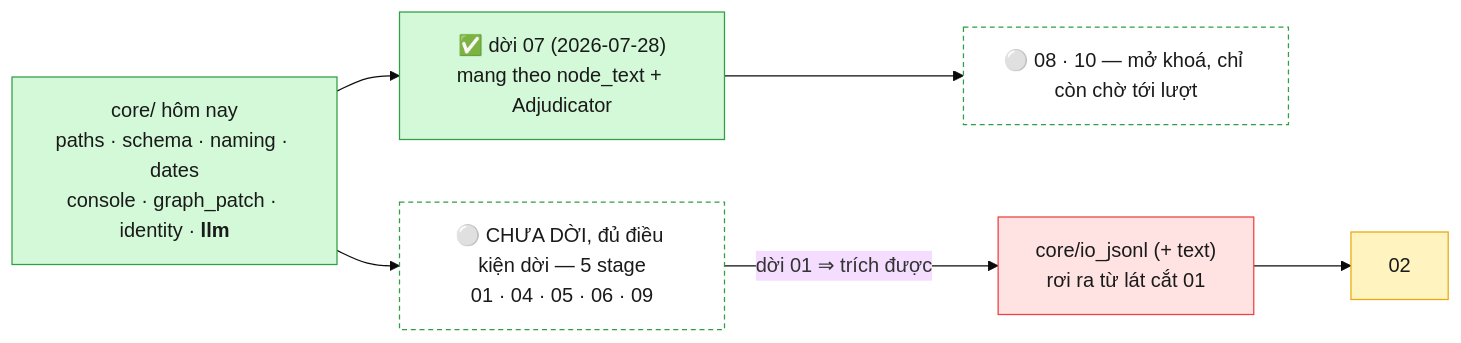
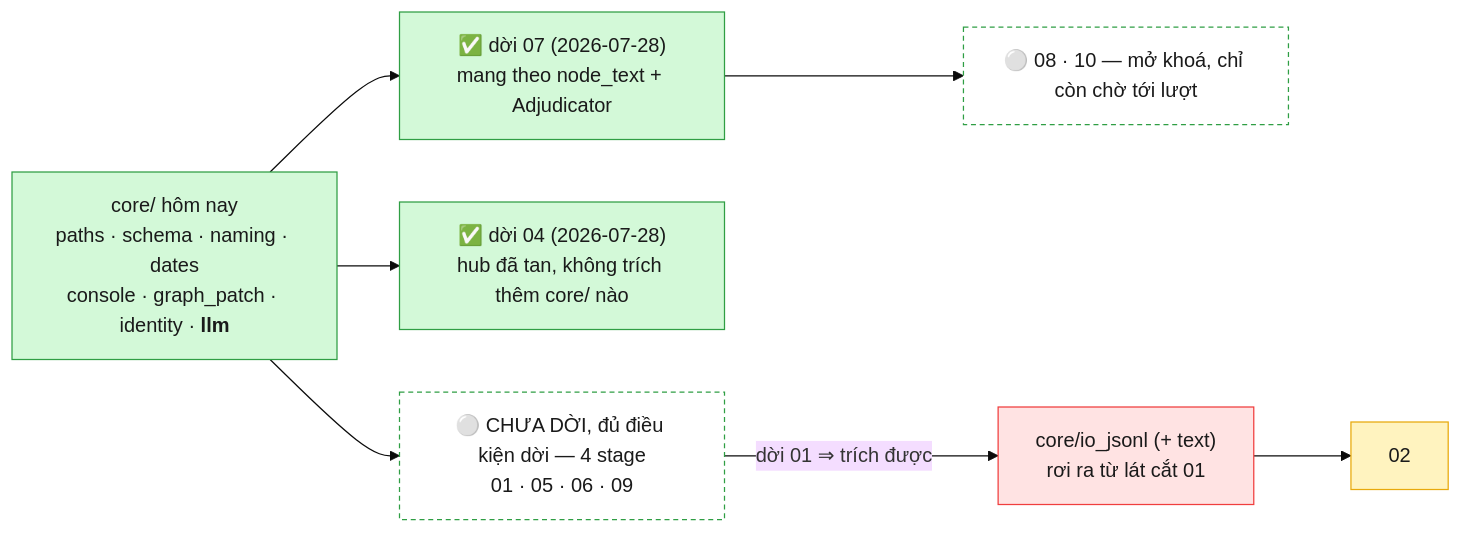
The second of 4 diagrams in src_module/PIPELINE.md (TranBaDat2607/capstone_test1), drawn with Mermaid (base theme) before and after one commit. The commit also changed other lines of this file and 5 other files, not shown here.

````diff
--- a/src_module/PIPELINE.md
+++ b/src_module/PIPELINE.md
@@ -240,18 +262,20 @@
 ```mermaid
 flowchart LR
     classDef done fill:#d3f9d8,stroke:#2f9e44,color:#1a1a1a
     classDef ready fill:#ffffff,stroke:#2f9e44,stroke-dasharray:4 3,color:#1a1a1a
     classDef key  fill:#ffe3e3,stroke:#f03e3e,color:#1a1a1a
     classDef pend fill:#fff3bf,stroke:#e8a90c,color:#1a1a1a
 
     CORE["core/ hôm nay<br/>paths · schema · naming · dates<br/>console · graph_patch · identity · <b>llm</b>"]:::done
     S07D["✅ dời 07 (2026-07-28)<br/>mang theo node_text + Adjudicator"]:::done
-    READY["⚪ CHƯA DỜI, đủ điều kiện dời — 5 stage<br/>01 · 04 · 05 · 06 · 09"]:::ready
+    S04D["✅ dời 04 (2026-07-28)<br/>hub đã tan, không trích thêm core/ nào"]:::done
+    READY["⚪ CHƯA DỜI, đủ điều kiện dời — 4 stage<br/>01 · 05 · 06 · 09"]:::ready
     U1["⚪ 08 · 10 — mở khoá, chỉ còn chờ tới lượt"]:::ready
     IOJ["core/io_jsonl (+ text)<br/>rơi ra từ lát cắt 01"]:::key
     U3["02"]:::pend
 
     CORE --> S07D --> U1
+    CORE --> S04D
     CORE --> READY
     READY -->|"dời 01 ⇒ trích được"| IOJ --> U3
 ```
````
